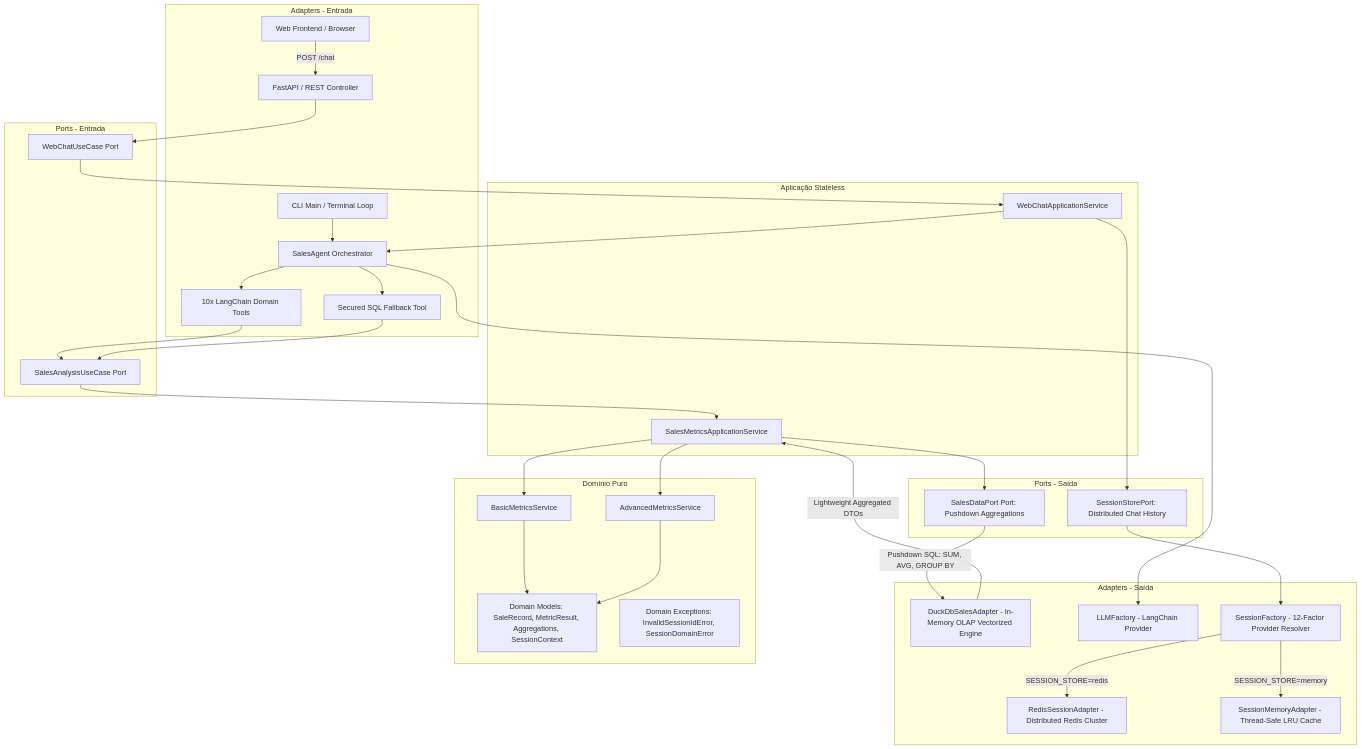
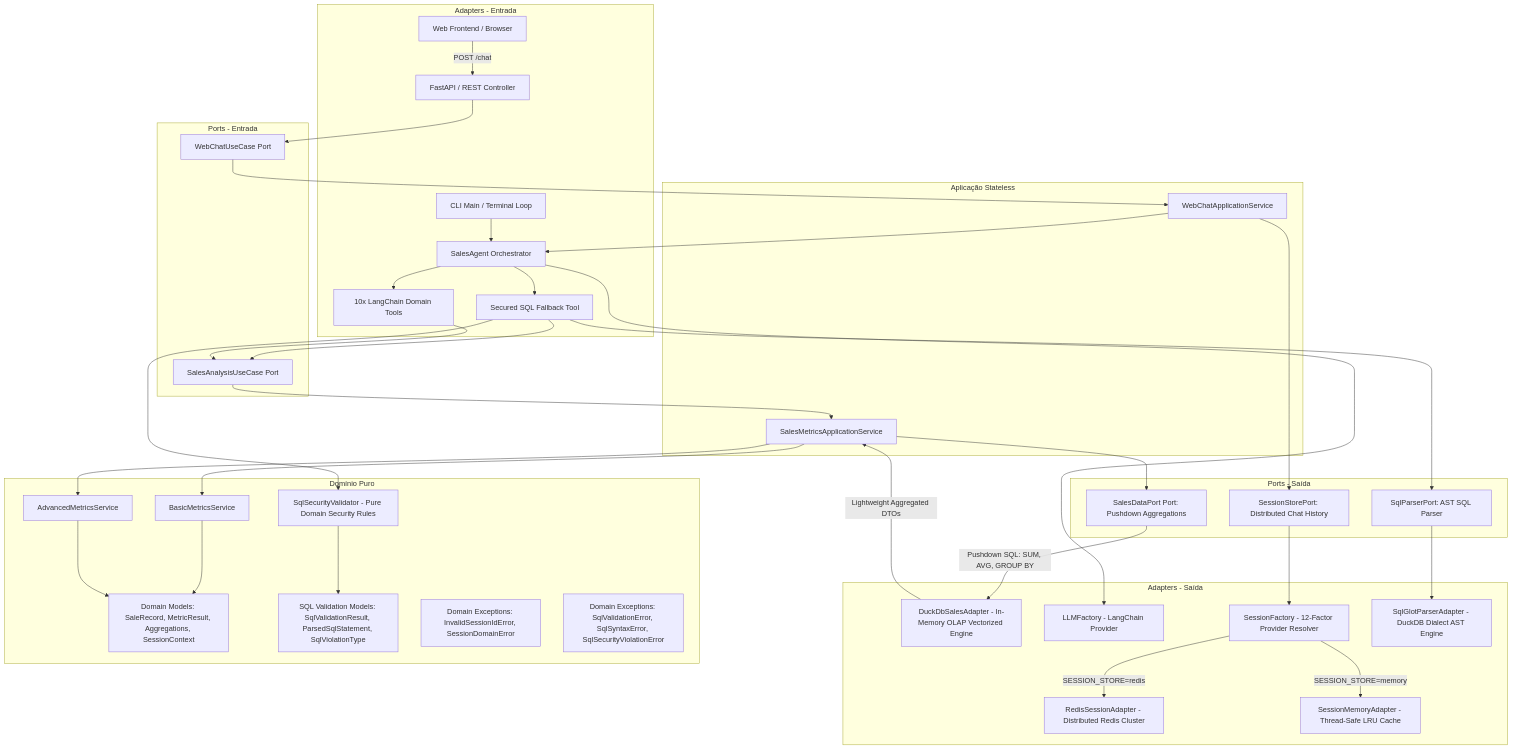
Before and after one commit to juliosilvacwb/sales-agent: the first of 2 diagrams in README.md, drawn with Mermaid. The commit also changed other lines of this file and 16 other files, not shown here.

Commit message:
feat: implement AST-based SQL validation using sqlglot for secure query execution and domain-driven exception handling

````diff
--- a/README.md
+++ b/README.md
@@ -33,64 +33,73 @@
 ```mermaid
 graph TB
     subgraph Inbound Adapters [Adapters - Entrada]
         WebClient[Web Frontend / Browser]
         FastAPI[FastAPI / REST Controller]
         CLI[CLI Main / Terminal Loop]
         Agent[SalesAgent Orchestrator]
         DomainTools[10x LangChain Domain Tools]
         FallbackTool[Secured SQL Fallback Tool]
     end
 
     subgraph Inbound Ports [Ports - Entrada]
         UseCasePort[SalesAnalysisUseCase Port]
         WebChatPort[WebChatUseCase Port]
     end
 
     subgraph Application Core [Aplicação Stateless]
         AppService[SalesMetricsApplicationService]
         WebChatAppService[WebChatApplicationService]
     end
 
     subgraph Outbound Ports [Ports - Saída]
         DataPort[SalesDataPort Port: Pushdown Aggregations]
         SessionPort[SessionStorePort: Distributed Chat History]
+        ParserPort[SqlParserPort: AST SQL Parser]
     end
 
     subgraph Outbound Adapters [Adapters - Saída]
         DuckDBAdapter[DuckDbSalesAdapter - In-Memory OLAP Vectorized Engine]
         LLMFactory[LLMFactory - LangChain Provider]
         SessionFactory[SessionFactory - 12-Factor Provider Resolver]
         RedisAdapter[RedisSessionAdapter - Distributed Redis Cluster]
         MemoryAdapter[SessionMemoryAdapter - Thread-Safe LRU Cache]
+        SqlGlotAdapter[SqlGlotParserAdapter - DuckDB Dialect AST Engine]
     end
 
     subgraph Domain Core [Domínio Puro]
         Models[Domain Models: SaleRecord, MetricResult, Aggregations, SessionContext]
+        SqlModels[SQL Validation Models: SqlValidationResult, ParsedSqlStatement, SqlViolationType]
         BasicMetrics[BasicMetricsService]
         AdvancedMetrics[AdvancedMetricsService]
+        SqlValidator[SqlSecurityValidator - Pure Domain Security Rules]
         SessionExceptions[Domain Exceptions: InvalidSessionIdError, SessionDomainError]
+        SqlExceptions[Domain Exceptions: SqlValidationError, SqlSyntaxError, SqlSecurityViolationError]
     end
 
     WebClient -->|POST /chat| FastAPI
     FastAPI --> WebChatPort
     WebChatPort --> WebChatAppService
     WebChatAppService --> Agent
     WebChatAppService --> SessionPort
     SessionPort --> SessionFactory
     SessionFactory -->|SESSION_STORE=redis| RedisAdapter
     SessionFactory -->|SESSION_STORE=memory| MemoryAdapter
     CLI --> Agent
     Agent --> DomainTools
     Agent --> FallbackTool
+    FallbackTool --> ParserPort
+    ParserPort --> SqlGlotAdapter
+    FallbackTool --> SqlValidator
+    SqlValidator --> SqlModels
+    FallbackTool --> UseCasePort
     DomainTools --> UseCasePort
-    FallbackTool --> UseCasePort
     UseCasePort --> AppService
     AppService --> DataPort
     DataPort -->|Pushdown SQL: SUM, AVG, GROUP BY| DuckDBAdapter
     DuckDBAdapter -->|Lightweight Aggregated DTOs| AppService
     AppService --> BasicMetrics
     AppService --> AdvancedMetrics
     BasicMetrics --> Models
     AdvancedMetrics --> Models
     Agent --> LLMFactory
 ```
````
